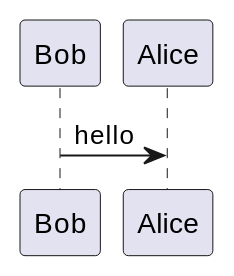
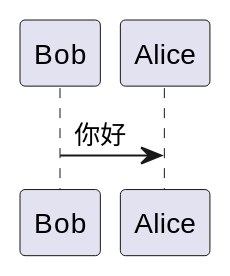
One commit to ronema/walden changed the first of 2 diagrams in _posts/2016-01-01-another-test-markdown.md. Above: the diagram before and after it, drawn with PlantUML. The commit also changed other lines of this file and 17 other files, not shown here.

```diff
--- a/_posts/2016-01-01-another-test-markdown.md
+++ b/_posts/2016-01-01-another-test-markdown.md
@@ -239,3 +237,3 @@
 @startuml
-Bob -> Alice : hello
+Bob -> Alice : 你好
 @enduml
```
